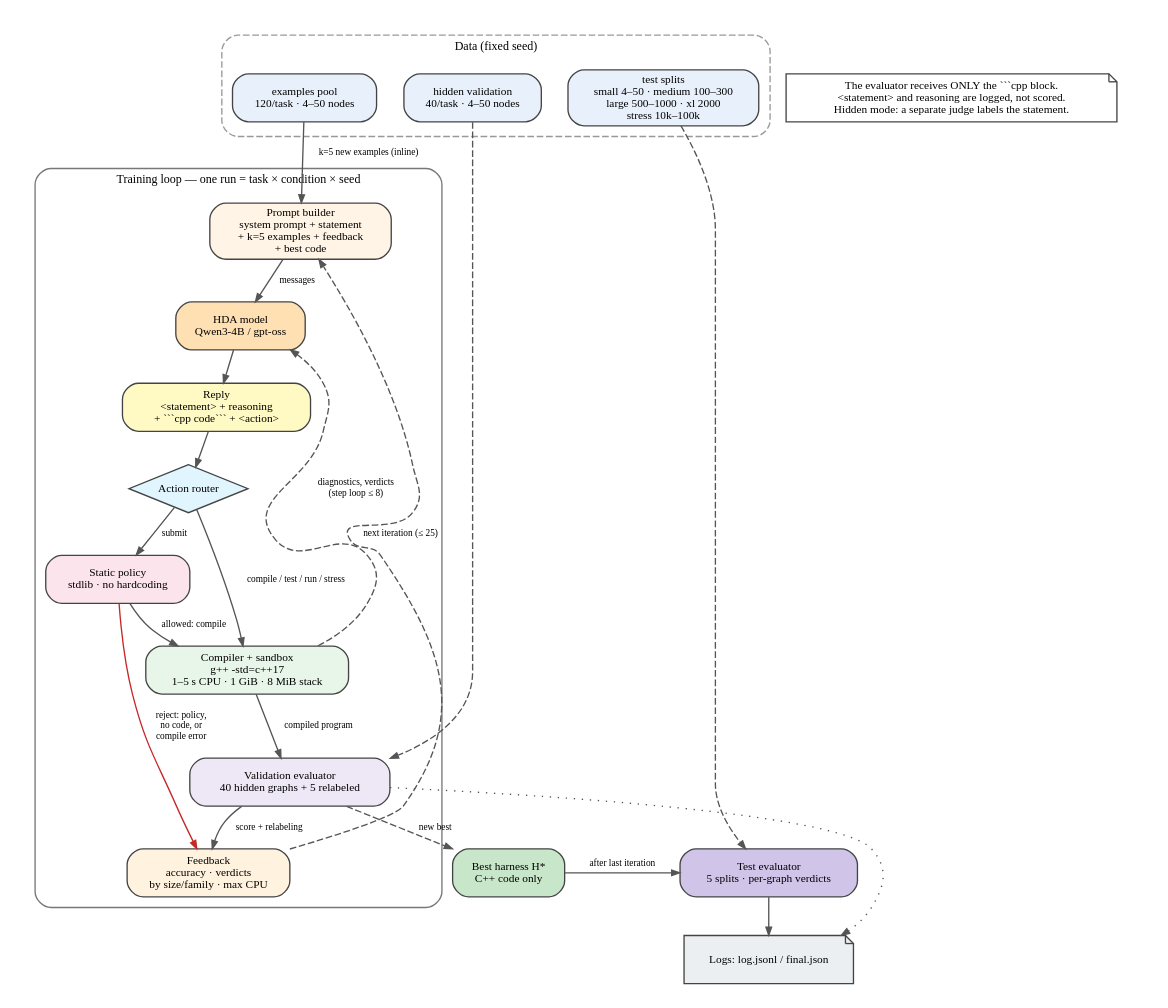
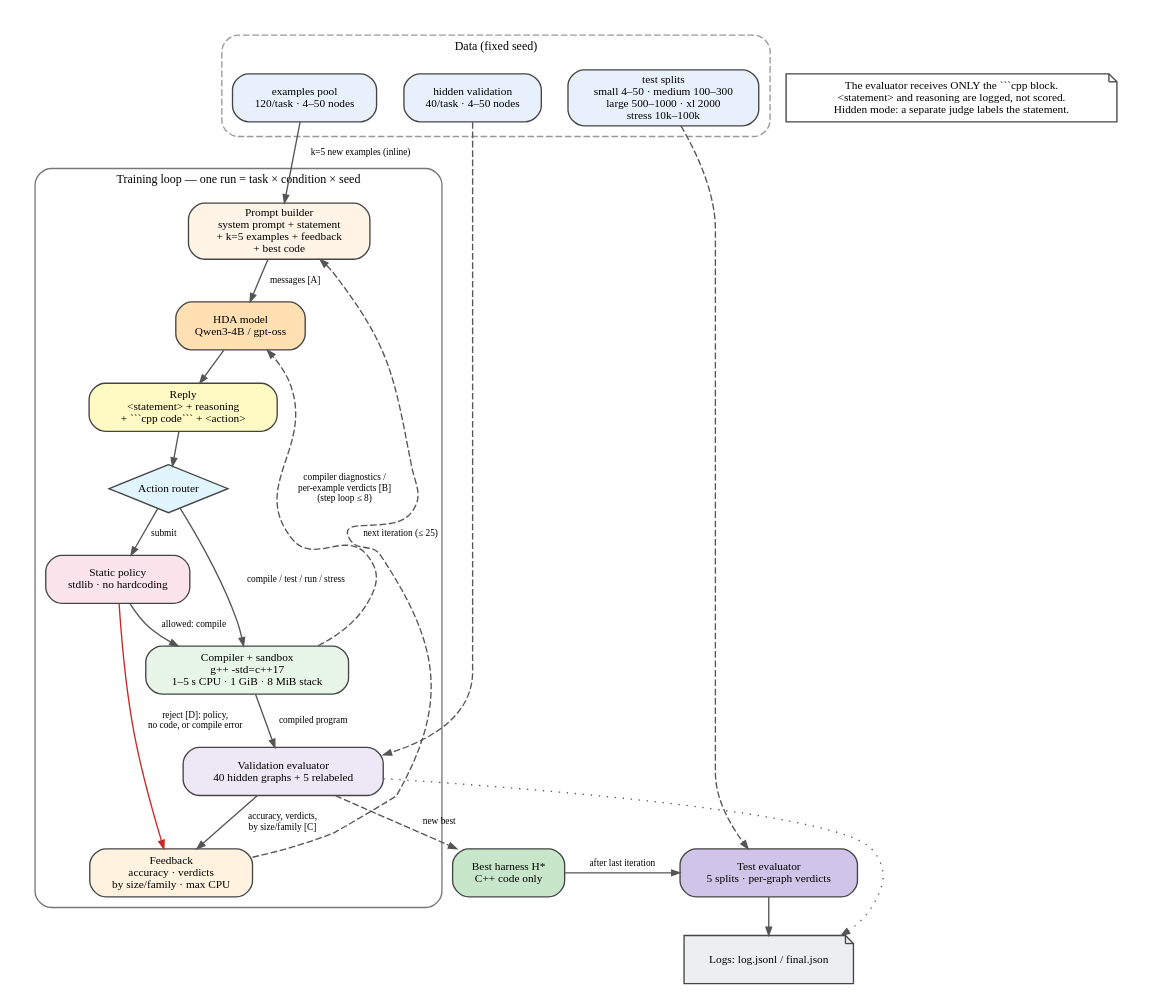
The diagram in report/figures/hda/hda_loop.dot (PrinceZarzees/cs5624-project), drawn with Graphviz before and after one commit. The commit also changed 7 other files, not shown here.

First line of the commit message:
report: add HDA message-flow examples A-E to the loop diagram

````diff
--- a/report/figures/hda/hda_loop.dot
+++ b/report/figures/hda/hda_loop.dot
@@ -1,52 +1,52 @@
 digraph HDA {
   graph [rankdir=TB, splines=true, nodesep=0.28, ranksep=0.34, fontsize=10, pad=0.15];
   node  [shape=box, style="rounded,filled", fillcolor="#F7F7F7", color="#444444", fontsize=8.5, margin="0.08,0.04"];
   edge  [fontsize=7, color="#555555", arrowsize=0.6];
 
   subgraph cluster_data {
     label="Data (fixed seed)"; style="rounded,dashed"; color="#999999"; fontsize=9;
     ex   [label="examples pool\n120/task · 4–50 nodes", fillcolor="#E8F1FB"];
     val  [label="hidden validation\n40/task · 4–50 nodes", fillcolor="#E8F1FB"];
     test [label="test splits\nsmall 4–50 · medium 100–300\nlarge 500–1000 · xl 2000\nstress 10k–100k", fillcolor="#E8F1FB"];
     {rank=same; ex; val; test;}
   }
 
   subgraph cluster_loop {
     label="Training loop — one run = task × condition × seed"; style="rounded"; color="#777777"; fontsize=9;
     prompt [label="Prompt builder\nsystem prompt + statement\n+ k=5 examples + feedback\n+ best code", fillcolor="#FFF4E5"];
     hda    [label="HDA model\nQwen3-4B / gpt-oss", fillcolor="#FFE0B2"];
     reply  [label="Reply\n<statement> + reasoning\n+ ```cpp code``` + <action>", fillcolor="#FFF9C4"];
     router [label="Action router", shape=diamond, style="filled", fillcolor="#E1F5FE", margin="0.01,0.01"];
     tool   [label="Compiler + sandbox\ng++ -std=c++17\n1–5 s CPU · 1 GiB · 8 MiB stack", fillcolor="#E8F5E9"];
     policy [label="Static policy\nstdlib · no hardcoding", fillcolor="#FCE4EC"];
     eval   [label="Validation evaluator\n40 hidden graphs + 5 relabeled", fillcolor="#EDE7F6"];
     fb     [label="Feedback\naccuracy · verdicts\nby size/family · max CPU", fillcolor="#FFF3E0"];
   }
 
   hstar [label="Best harness H*\nC++ code only", fillcolor="#C8E6C9"];
   tests [label="Test evaluator\n5 splits · per-graph verdicts", fillcolor="#D1C4E9"];
   logs  [label="Logs: log.jsonl / final.json", shape=note, fillcolor="#ECEFF1"];
   note  [shape=note, fillcolor="#FFFFFF", label="The evaluator receives ONLY the ```cpp block.\n<statement> and reasoning are logged, not scored.\nHidden mode: a separate judge labels the statement."];
 
   ex -> prompt [label="k=5 new examples (inline)"];
-  prompt -> hda [label="messages"];
+  prompt -> hda [label="messages [A]"];
   hda -> reply;
   reply -> router;
   router -> tool [label="compile / test / run / stress"];
-  tool -> hda [label="diagnostics, verdicts\n(step loop ≤ 8)", style=dashed, constraint=false];
+  tool -> hda [label="compiler diagnostics /\nper-example verdicts [B]\n(step loop ≤ 8)", style=dashed, constraint=false];
   router -> policy [label="submit"];
-  policy -> fb [label="reject: policy,\nno code, or\ncompile error", color="#C62828"];
+  policy -> fb [label="reject [D]: policy,\nno code, or compile error", color="#C62828"];
   policy -> tool [label="allowed: compile"];
   tool -> eval [label="compiled program"];
   val -> eval [style=dashed];
-  eval -> fb [label="score + relabeling"];
+  eval -> fb [label="accuracy, verdicts,\nby size/family [C]"];
   eval -> hstar [label="new best", style=dashed];
   fb -> prompt [label="next iteration (≤ 25)", style=dashed, constraint=false];
   hstar -> tests [label="after last iteration"];
   test -> tests [style=dashed];
   tests -> logs;
   eval -> logs [style=dotted, constraint=false];
   note -> note [style=invis];
 
   {rank=same; hstar; tests;}
 }
````
